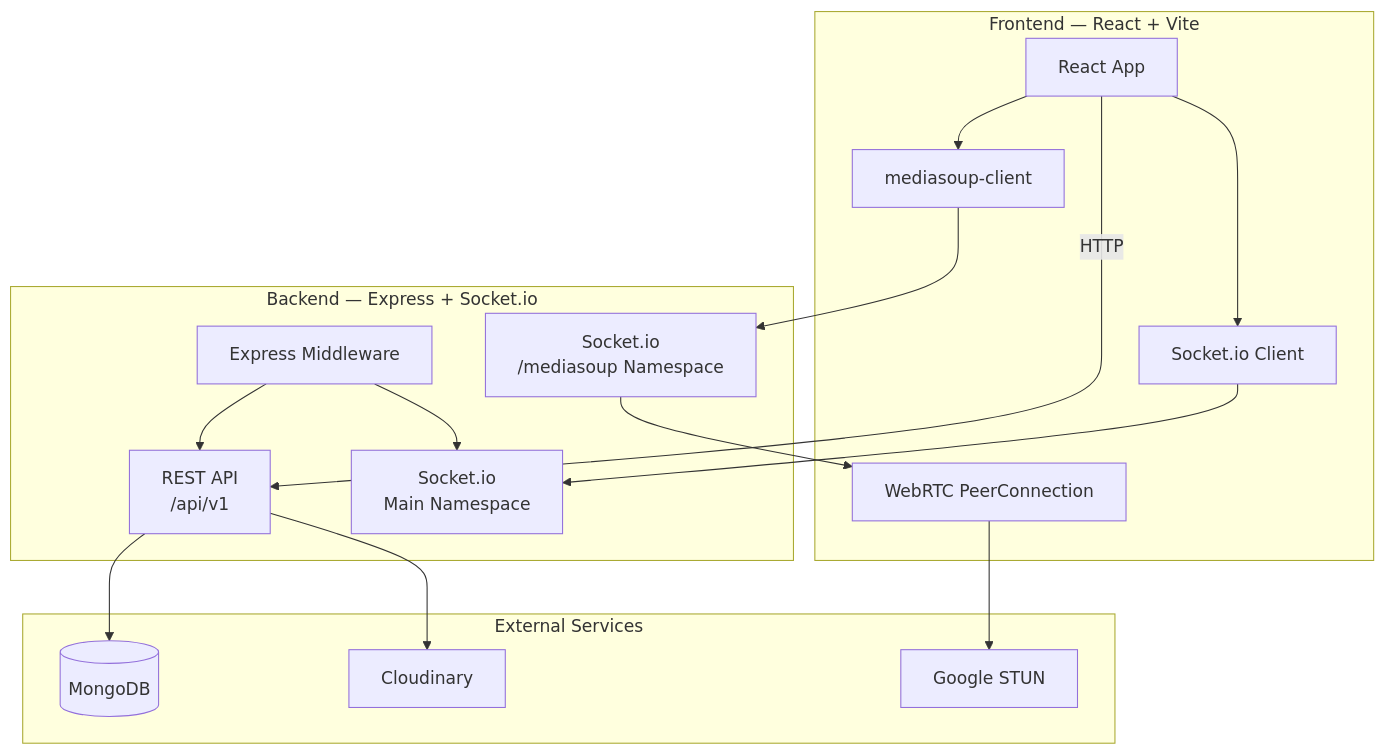
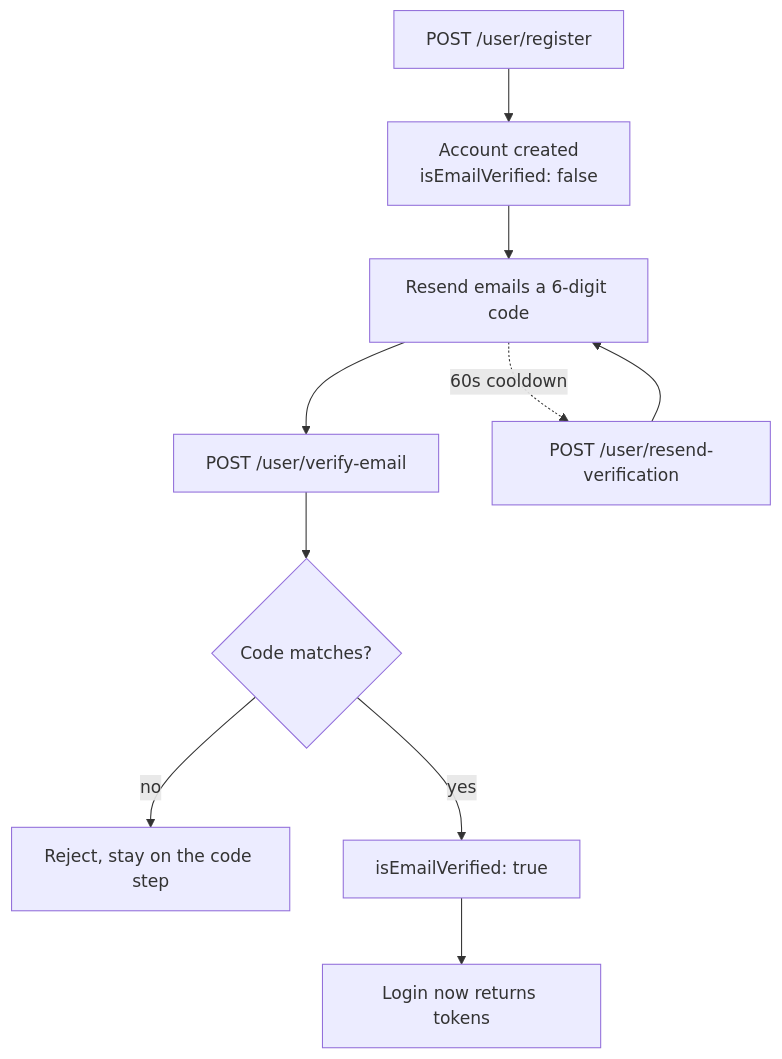
The first of 8 diagrams in README.md (Barmanji/Threadly), drawn with Mermaid before and after one commit. The commit also changed other lines of this file, not shown here.

Commit message:
docs(readme): add emoji reaction, email verification and more

````diff
--- a/README.md
+++ b/README.md
@@ -103,35 +112,12 @@
 ```mermaid
-graph TD
-    subgraph Client["Frontend — React + Vite"]
-        A[React App]
-        B[Socket.io Client]
-        C[mediasoup-client]
-        D[WebRTC PeerConnection]
-    end
-
-    subgraph Server["Backend — Express + Socket.io"]
-        E[REST API<br/>/api/v1]
-        F[Socket.io<br/>Main Namespace]
-        G[Socket.io<br/>/mediasoup Namespace]
-        H[Express Middleware]
-    end
-
-    subgraph External["External Services"]
-        I[(MongoDB)]
-        J[Cloudinary]
-        K[Google STUN]
-    end
-
-    A -->|HTTP| E
-    A --> B
-    A --> C
-    B --> F
-    C --> G
-    E --> I
-    E --> J
-    D --> K
-    G --> D
-    H --> E
-    H --> F
-
+flowchart TD
+    A["POST /user/register"] --> B["Account created<br/>isEmailVerified: false"]
+    B --> C["Resend emails a 6-digit code"]
+    C --> D["POST /user/verify-email"]
+    D --> E{"Code matches?"}
+    E -->|no| F["Reject, stay on the code step"]
+    E -->|yes| G["isEmailVerified: true"]
+    C -.->|"60s cooldown"| H["POST /user/resend-verification"]
+    H --> C
+    G --> I["Login now returns tokens"]
 ```
````
